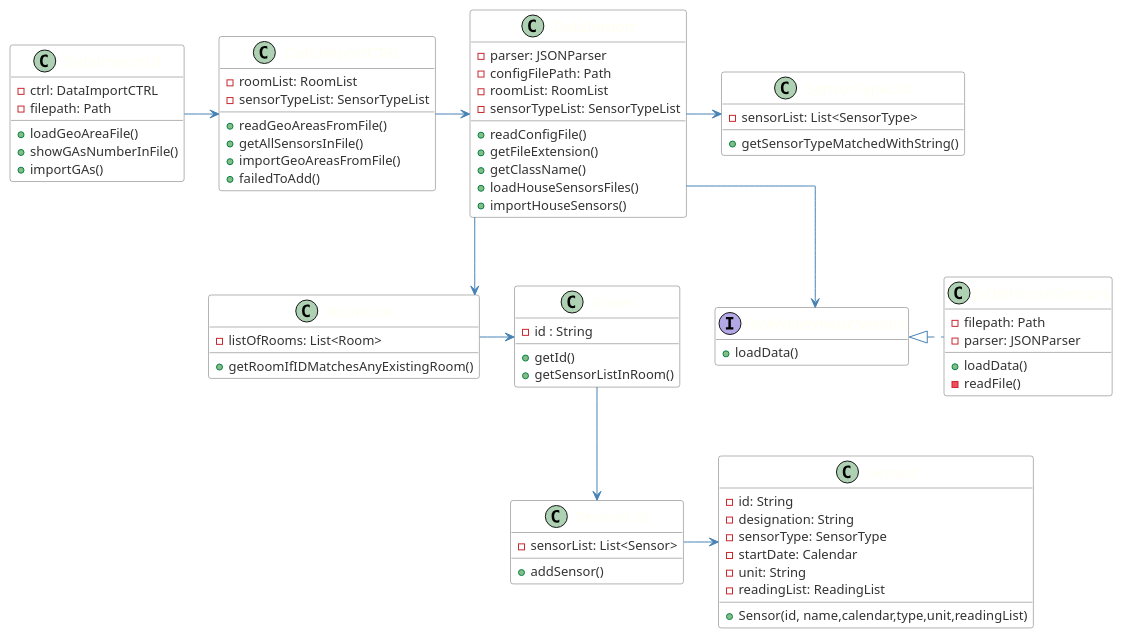
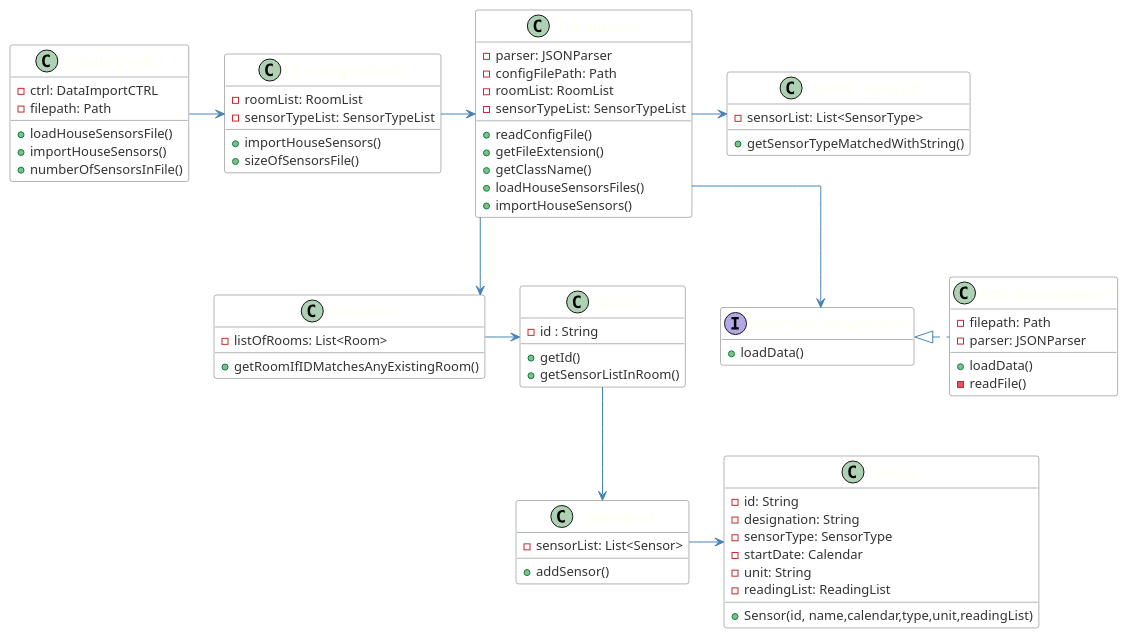
Before and after one commit to emanuel-pereira/hou: the diagram in src/main/java/smarthome/controller/classDiagrams/cd_ImportHouseSensorsFromFile.puml, drawn with PlantUML. The commit also changed 1 other file, not shown here.

Commit message:
US260: Update class diagram. Ref #155

```diff
--- a/src/main/java/smarthome/controller/classDiagrams/cd_ImportHouseSensorsFromFile.puml
+++ b/src/main/java/smarthome/controller/classDiagrams/cd_ImportHouseSensorsFromFile.puml
@@ -1,111 +1,111 @@
 @startuml
 skinparam linetype ortho
 hide empty members
 
 skinparam class {
 	ArrowColor SteelBlue
 	BorderColor Dimgray
 	HeaderBackgroundColor SteelBlue
 	BackgroundColor White
 	FontName Calibri bold
 	AttributeFontColor #333
 	AttributeFontName Calibri
 	AttributeFontSize 13
 	FontColor Ivory
 	FontSize 15
 }
 
 class DataImportUI{
 - ctrl: DataImportCTRL
 - filepath: Path
 
-+ loadGeoAreaFile()
-+ showGAsNumberInFile()
-+ importGAs()
++ loadHouseSensorsFile()
++ importHouseSensors()
++ numberOfSensorsInFile()
+
 }
 
 class DataImportCTRL{
 - roomList: RoomList
 - sensorTypeList: SensorTypeList
 
-+ readGeoAreasFromFile()
-+ getAllSensorsInFile()
-+ importGeoAreasFromFile()
-+ failedToAdd()
++ importHouseSensors()
++ sizeOfSensorsFile()
+
 }
 
 class DataImport{
 - parser: JSONParser
 - configFilePath: Path
 - roomList: RoomList
 - sensorTypeList: SensorTypeList
 
 + readConfigFile()
 + getFileExtension()
 + getClassName()
 + loadHouseSensorsFiles()
 + importHouseSensors()
 }
 
 interface FileReaderHouseSensors {
 + loadData()
 }
 
 class JSONHouseSensors{
 - filepath: Path
 - parser: JSONParser
 
 + loadData()
 - readFile()
 }
 
 class RoomList {
 - listOfRooms: List<Room>
 
 + getRoomIfIDMatchesAnyExistingRoom()
 }
 
 
 class Room {
 - id : String
 
 + getId()
 + getSensorListInRoom()
  }
 
 
 class SensorTypeList{
 - sensorList: List<SensorType>
 
 + getSensorTypeMatchedWithString()
 }
 
 class SensorList{
 - sensorList: List<Sensor>
 
 + addSensor()
 }
 
 class Sensor {
 - id: String
 - designation: String
 - sensorType: SensorType
 - startDate: Calendar
 - unit: String
 - readingList: ReadingList
 
 + Sensor(id, name,calendar,type,unit,readingList)
 }
 
 RoomList -> Room
 Room --> SensorList
 SensorList -> Sensor
 DataImportUI -> DataImportCTRL
 DataImportCTRL -> DataImport
 DataImport -> SensorTypeList
 DataImport --> RoomList
 DataImport --> FileReaderHouseSensors
 FileReaderHouseSensors <|. JSONHouseSensors
 
 
 @enduml
```
